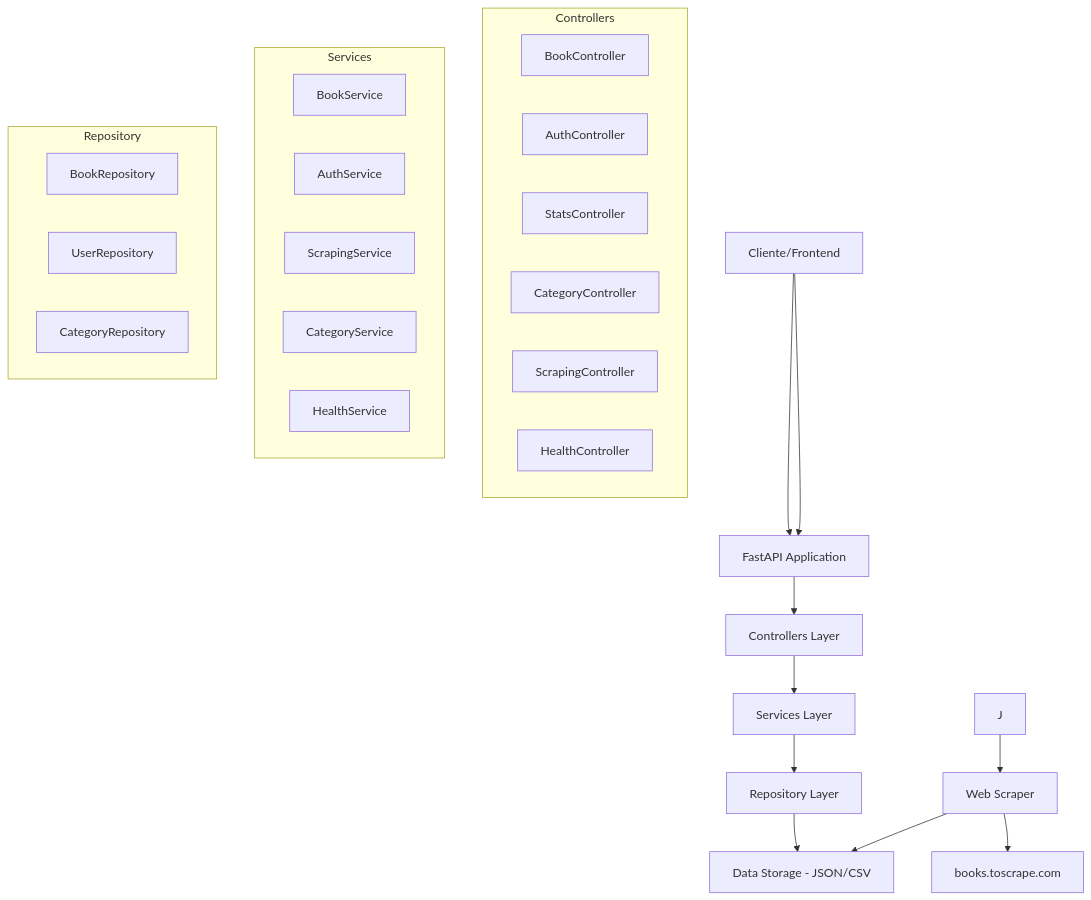
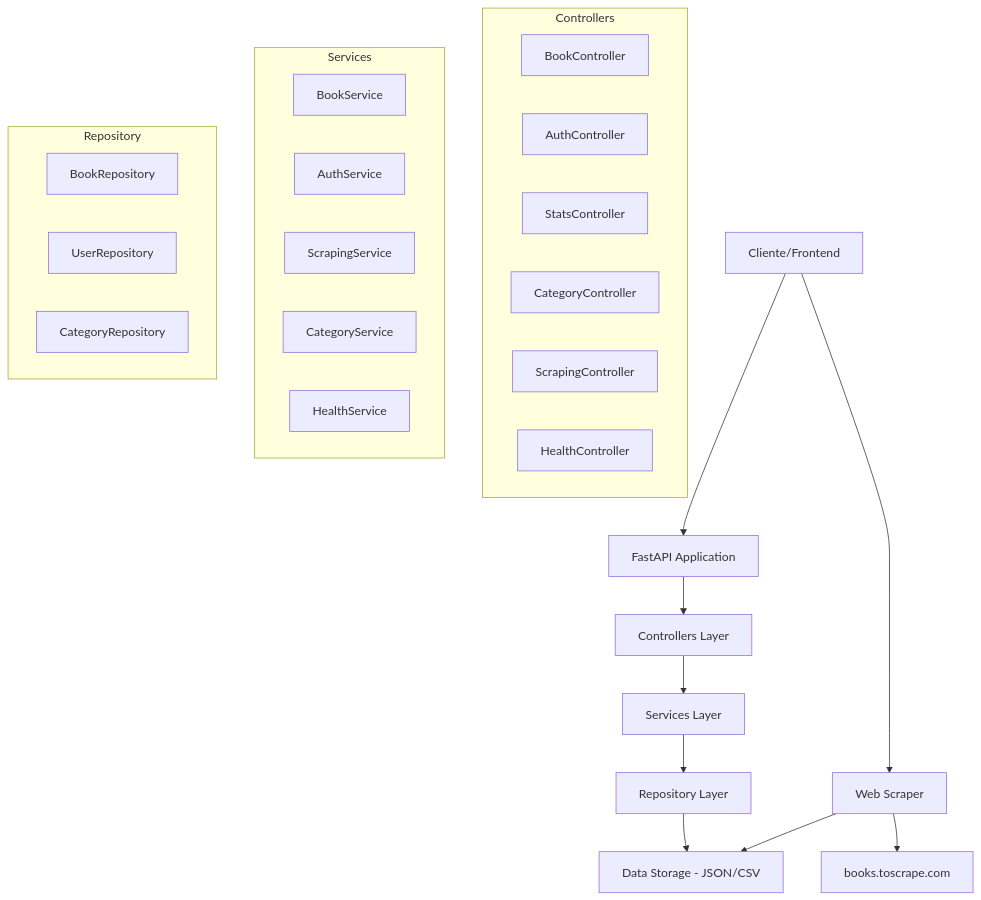
One commit to Johnz1n/modulo_1 changed the first of 3 diagrams in README.md. Above: the diagram before and after it, drawn with Mermaid.

Commit message:
chore: update diagram

````diff
--- a/README.md
+++ b/README.md
@@ -15,37 +15,36 @@
 ```mermaid
 graph TB
     A[Cliente/Frontend] --> B[FastAPI Application]
     B --> C[Controllers Layer]
     C --> D[Services Layer]
     D --> E[Repository Layer]
     E --> F[Data Storage - JSON/CSV]
     
     G[Web Scraper] --> H[books.toscrape.com]
     G --> F
     
-    A --> B
-    J --> G
+    A --> G
     
     subgraph "Controllers"
         C1[BookController]
         C2[AuthController]
         C3[StatsController]
         C4[CategoryController]
         C5[ScrapingController]
         C6[HealthController]
     end
     
     subgraph "Services"
         S1[BookService]
         S2[AuthService]
         S3[ScrapingService]
         S4[CategoryService]
         S5[HealthService]
     end
     
     subgraph "Repository"
         R1[BookRepository]
         R2[UserRepository]
         R3[CategoryRepository]
     end
 ```
````
